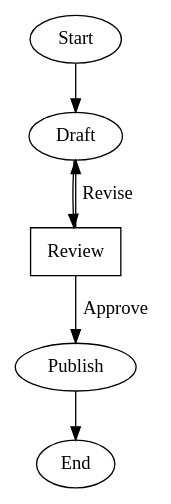
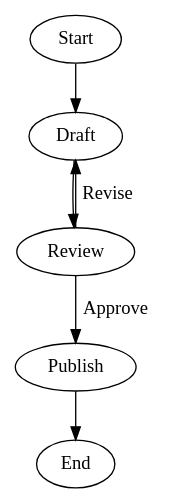
Before and after one commit to stencila/stencila: diagram 23 of 26 in site/docs/workflows/pipelines.md, drawn with Graphviz. The commit also changed other lines of this file and 20 other files, not shown here.

````diff
--- a/site/docs/workflows/pipelines.md
+++ b/site/docs/workflows/pipelines.md
@@ -767,15 +769,15 @@
 ```dot
 digraph PublicationWorkflow {
   Start -> Draft
 
   Draft [workflow="paper-drafting"]
   Draft -> Review
 
-  Review [shape=human]
+  Review
   Review -> Publish [label="Approve"]
   Review -> Draft   [label="Revise"]
 
   Publish [prompt="Prepare the approved paper for publication"]
   Publish -> End
 }
 ```
````
